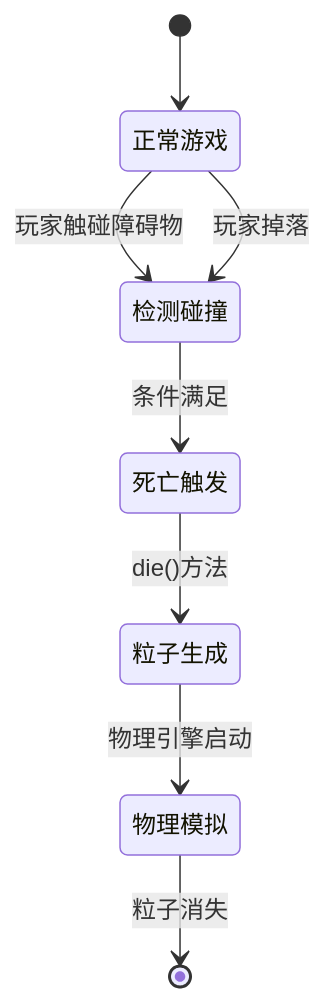
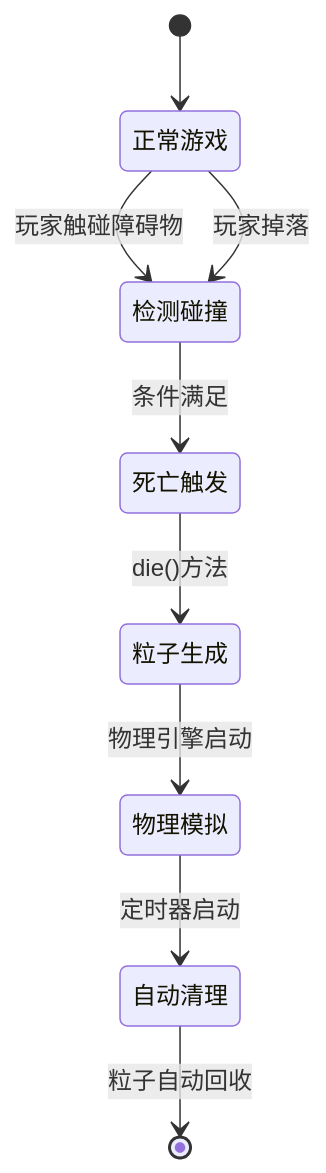
The seventh of 10 diagrams in .qoder/repowiki/zh/content/游戏系统/触发器系统/特殊效果触发器/死亡粒子系统.md (godotline/godot-line), drawn with Mermaid before and after one commit. The commit also changed other lines of this file and 28 other files, not shown here.

````diff
--- a/.qoder/repowiki/zh/content/游戏系统/触发器系统/特殊效果触发器/死亡粒子系统.md
+++ b/.qoder/repowiki/zh/content/游戏系统/触发器系统/特殊效果触发器/死亡粒子系统.md
@@ -245,10 +308,11 @@
 ```mermaid
 stateDiagram-v2
 [*] --> 正常游戏
 正常游戏 --> 检测碰撞 : 玩家触碰障碍物
 正常游戏 --> 检测碰撞 : 玩家掉落
 检测碰撞 --> 死亡触发 : 条件满足
 死亡触发 --> 粒子生成 : die()方法
 粒子生成 --> 物理模拟 : 物理引擎启动
-物理模拟 --> [*] : 粒子消失
+物理模拟 --> 自动清理 : 定时器启动
+自动清理 --> [*] : 粒子自动回收
 ```
````
